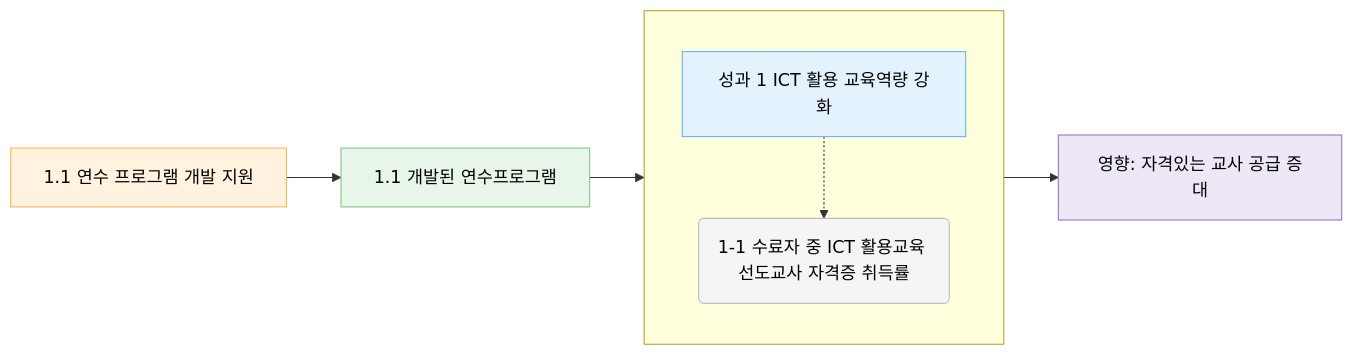
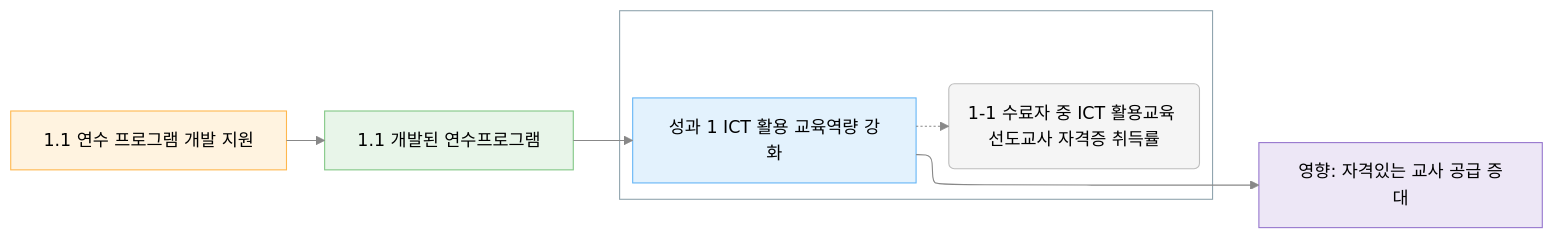
The diagram in skills/theory-of-change-agent/benchmark/render/good/toc.md (IMPACT-SQUARE/theory-of-change-agent), drawn with Mermaid before and after one commit. The commit also changed 5 other files, not shown here.

First line of the commit message:
Pin the diagram theme: base + lineColor #888, mid-gray level titles; v1.1.8

````diff
--- a/skills/theory-of-change-agent/benchmark/render/good/toc.md
+++ b/skills/theory-of-change-agent/benchmark/render/good/toc.md
@@ -7,18 +7,18 @@
 ```mermaid
-%%{init: {"themeVariables": {"fontSize": "16px"}}}%%
+%%{init: {"flowchart": {"defaultRenderer": "elk"}, "theme": "base", "themeVariables": {"fontSize": "16px", "lineColor": "#888", "primaryTextColor": "#000", "clusterBkg": "transparent", "clusterBorder": "#90a4ae", "edgeLabelBackground": "#ffffff"}}}%%
 flowchart LR
   classDef act fill:#fff3e0,stroke:#ffb74d,color:#000;
   classDef out fill:#e8f5e9,stroke:#81c784,color:#000;
   classDef outcome fill:#e3f2fd,stroke:#64b5f6,color:#000;
   classDef ind fill:#f5f5f5,stroke:#bdbdbd,color:#000;
   classDef impact fill:#ede7f6,stroke:#9575cd,color:#000;
   act_1["1.1 연수 프로그램 개발 지원"]:::act --> op_1["1.1 개발된 연수프로그램"]:::out
   subgraph oc_g1 [" "]
     direction TB
     oc_1["성과 1 ICT 활용 교육역량 강화"]:::outcome
     ind_oc_1_1("1-1 수료자 중 ICT 활용교육 선도교사 자격증 취득률"):::ind
     oc_1 -.-> ind_oc_1_1
   end
   op_1 --> oc_1
   oc_1 --> imp_1["영향: 자격있는 교사 공급 증대"]:::impact
 ```
````
